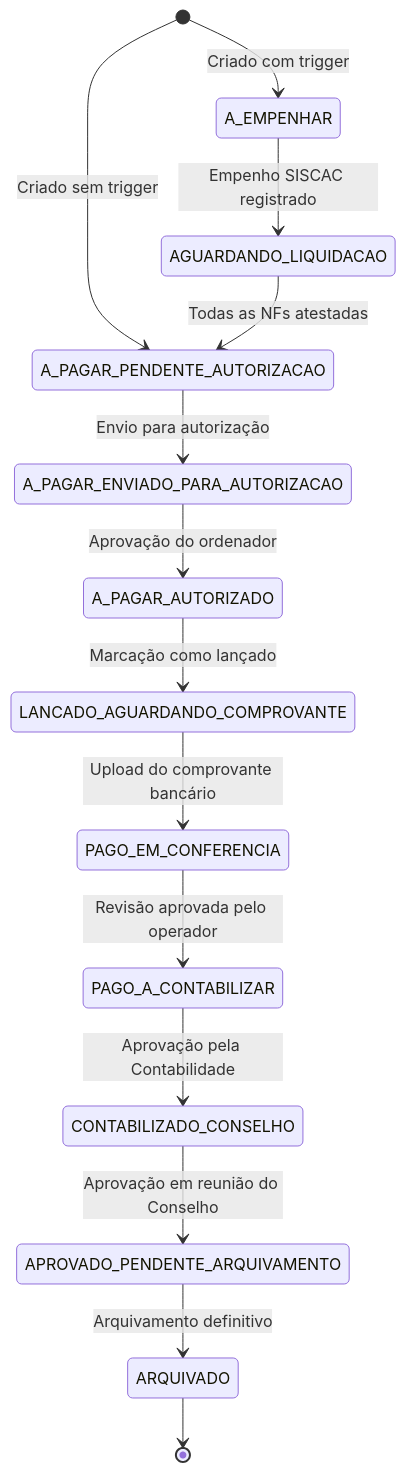
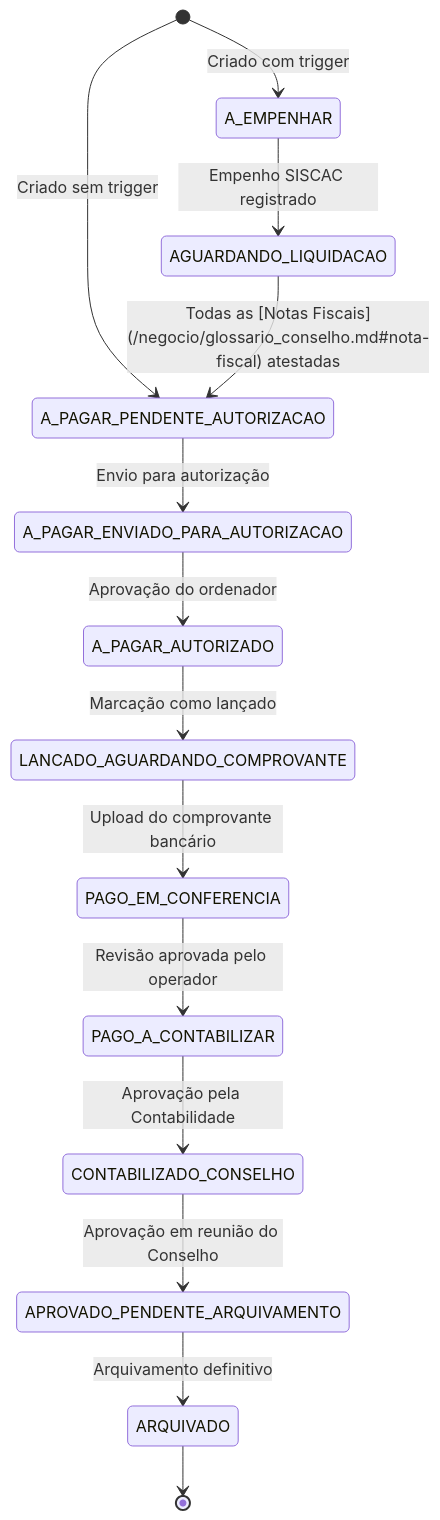
Before and after one commit to BS15/DjangoProject: the first of 5 diagrams in docs/fluxos/pagamentos.md, drawn with Mermaid. The commit also changed other lines of this file and 96 other files, not shown here.

````diff
--- a/docs/fluxos/pagamentos.md
+++ b/docs/fluxos/pagamentos.md
@@ -11,18 +11,18 @@
 ```mermaid
 stateDiagram-v2
     direction TB
     [*] --> A_EMPENHAR : Criado com trigger
     [*] --> A_PAGAR_PENDENTE_AUTORIZACAO : Criado sem trigger
 
     A_EMPENHAR --> AGUARDANDO_LIQUIDACAO : Empenho SISCAC registrado
-    AGUARDANDO_LIQUIDACAO --> A_PAGAR_PENDENTE_AUTORIZACAO : Todas as NFs atestadas
+    AGUARDANDO_LIQUIDACAO --> A_PAGAR_PENDENTE_AUTORIZACAO : Todas as [Notas Fiscais](/negocio/glossario_conselho.md#nota-fiscal) atestadas
     A_PAGAR_PENDENTE_AUTORIZACAO --> A_PAGAR_ENVIADO_PARA_AUTORIZACAO : Envio para autorização
     A_PAGAR_ENVIADO_PARA_AUTORIZACAO --> A_PAGAR_AUTORIZADO : Aprovação do ordenador
     A_PAGAR_AUTORIZADO --> LANCADO_AGUARDANDO_COMPROVANTE : Marcação como lançado
     LANCADO_AGUARDANDO_COMPROVANTE --> PAGO_EM_CONFERENCIA : Upload do comprovante bancário
     PAGO_EM_CONFERENCIA --> PAGO_A_CONTABILIZAR : Revisão aprovada pelo operador
     PAGO_A_CONTABILIZAR --> CONTABILIZADO_CONSELHO : Aprovação pela Contabilidade
     CONTABILIZADO_CONSELHO --> APROVADO_PENDENTE_ARQUIVAMENTO : Aprovação em reunião do Conselho
     APROVADO_PENDENTE_ARQUIVAMENTO --> ARQUIVADO : Arquivamento definitivo
     ARQUIVADO --> [*]
 ```
````
